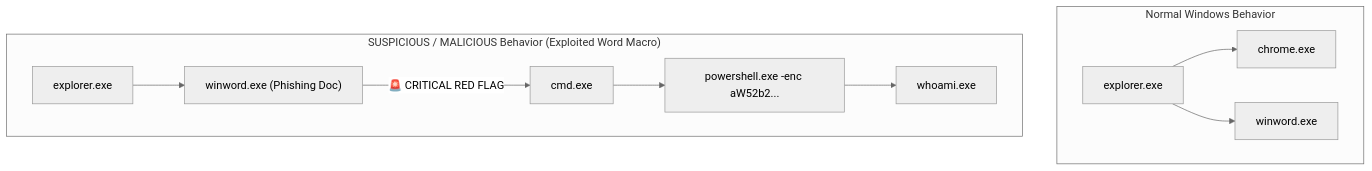
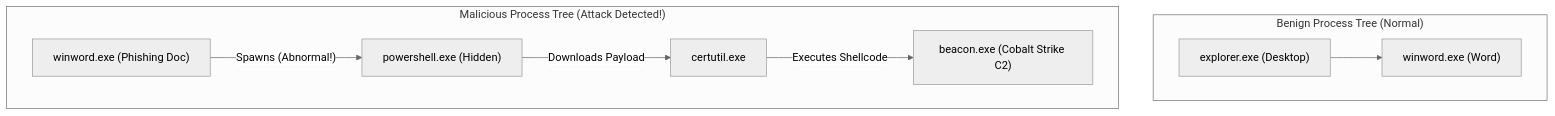
Before and after one commit to varunks04/CBS-Roleplay: the diagram in SOC/01_Fundamentals/04_Operating_System_Fundamentals_Windows_and_Linux.md, drawn with Mermaid (neutral theme). The commit also changed other lines of this file and 40 other files, not shown here.

````diff
--- a/SOC/01_Fundamentals/04_Operating_System_Fundamentals_Windows_and_Linux.md
+++ b/SOC/01_Fundamentals/04_Operating_System_Fundamentals_Windows_and_Linux.md
@@ -14,14 +26,12 @@
 ```mermaid
 graph TD
-    subgraph "Normal Windows Behavior"
-        Explorer1["explorer.exe"] --> Chrome["chrome.exe"]
-        Explorer1 --> Word["winword.exe"]
+    subgraph "Benign Process Tree (Normal)"
+        P1["explorer.exe (Desktop)"] --> P2["winword.exe (Word)"]
     end
 
-    subgraph "SUSPICIOUS / MALICIOUS Behavior (Exploited Word Macro)"
-        Explorer2["explorer.exe"] --> WordExploited["winword.exe (Phishing Doc)"]
-        WordExploited -->|"🚨 CRITICAL RED FLAG"| Cmd["cmd.exe"]
-        Cmd --> PowerShell["powershell.exe -enc aW52b2..."]
-        PowerShell --> Whoami["whoami.exe"]
+    subgraph "Malicious Process Tree (Attack Detected!)"
+        M1["winword.exe (Phishing Doc)"] -->|"Spawns (Abnormal!)"| M2["powershell.exe (Hidden)"]
+        M2 -->|"Downloads Payload"| M3["certutil.exe"]
+        M3 -->|"Executes Shellcode"| M4["beacon.exe (Cobalt Strike C2)"]
     end
 ```
````
